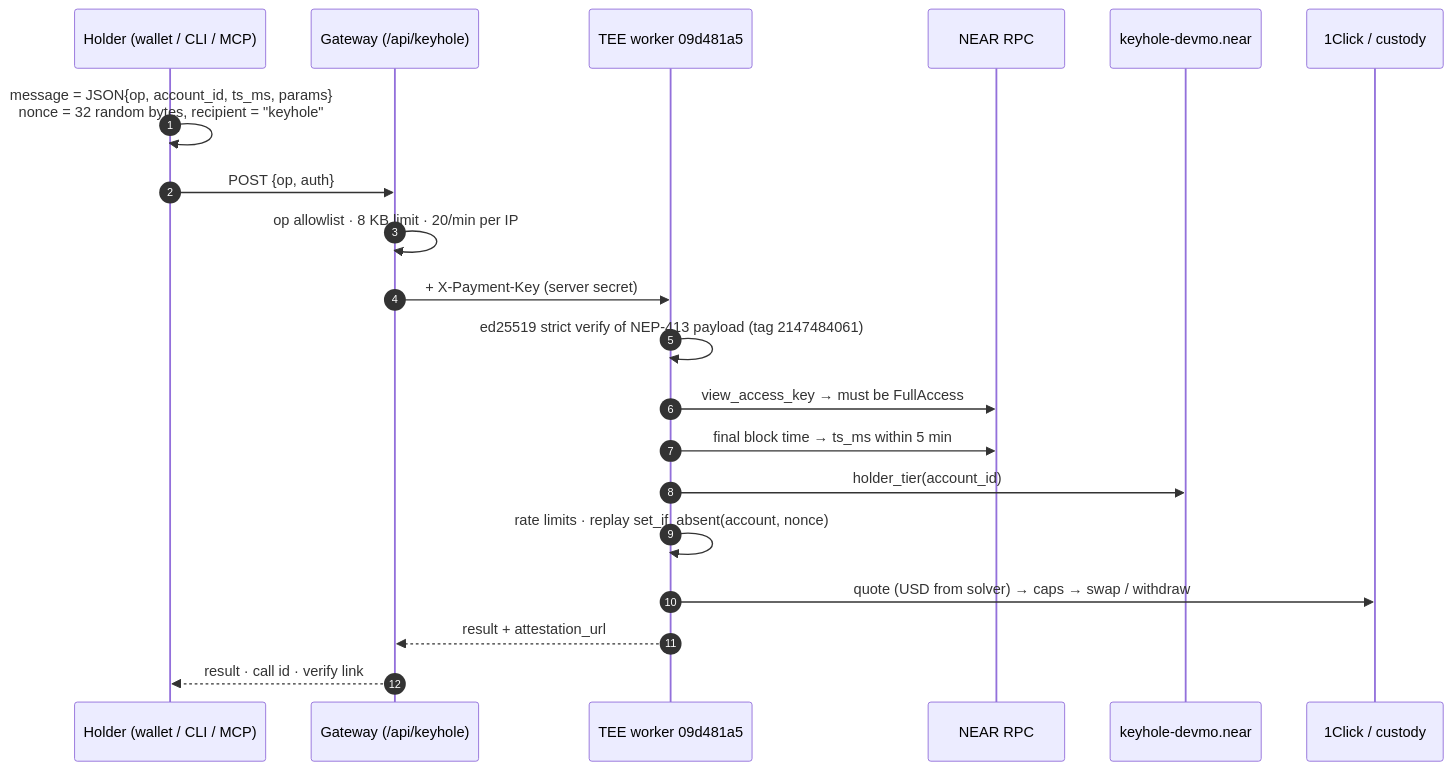
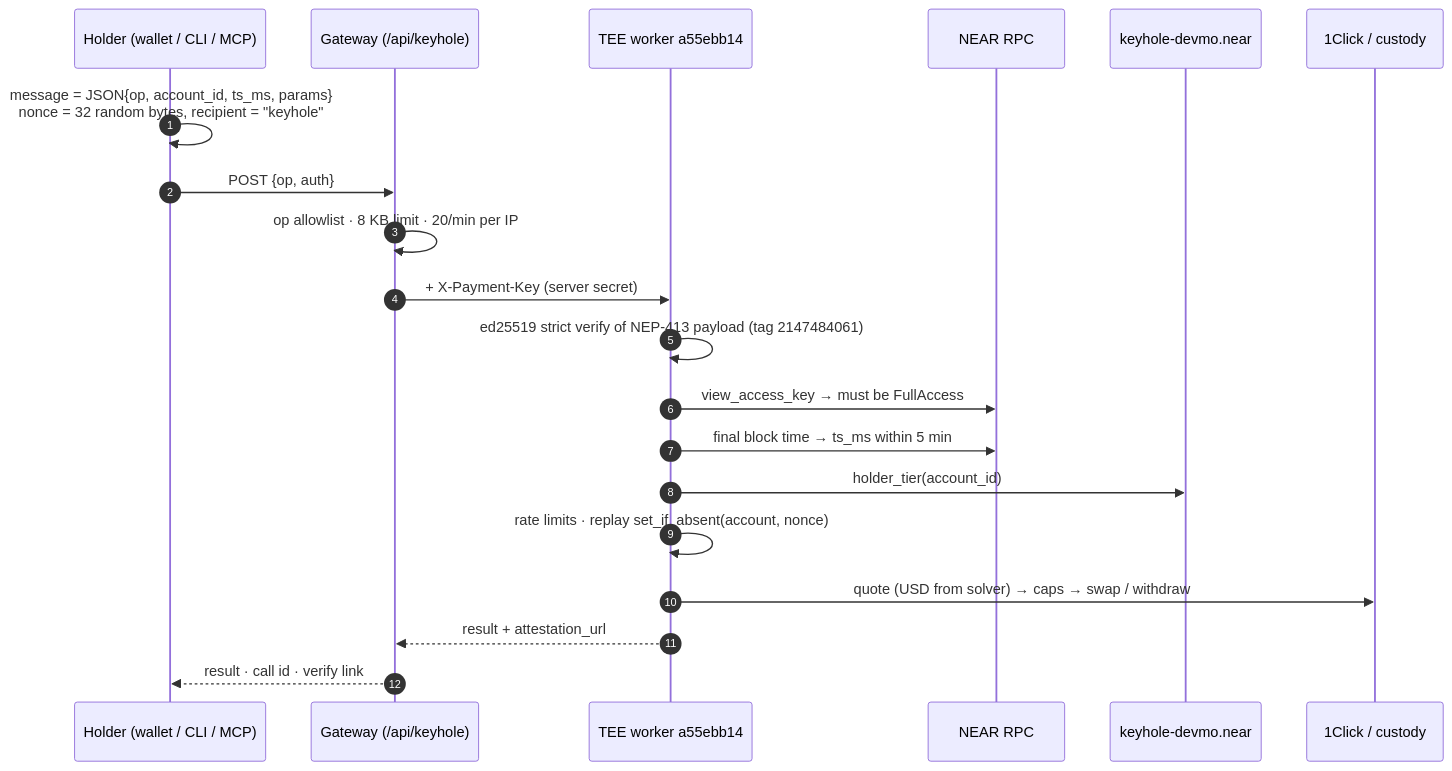
One commit to mohamedwael201193/keyhole changed the second of 2 diagrams in README.md. Above: the diagram before and after it, drawn with Mermaid. The commit also changed other lines of this file and 25 other files, not shown here.

````diff
--- a/README.md
+++ b/README.md
@@ -252,22 +253,22 @@
 ```mermaid
 sequenceDiagram
   autonumber
   participant U as Holder (wallet / CLI / MCP)
   participant G as Gateway (/api/keyhole)
-  participant T as TEE worker 09d481a5
+  participant T as TEE worker a55ebb14
   participant R as NEAR RPC
   participant K as keyhole-devmo.near
   participant X as 1Click / custody
   U->>U: message = JSON{op, account_id, ts_ms, params}<br/>nonce = 32 random bytes, recipient = "keyhole"
   U->>G: POST {op, auth}
   G->>G: op allowlist · 8 KB limit · 20/min per IP
   G->>T: + X-Payment-Key (server secret)
   T->>T: ed25519 strict verify of NEP-413 payload (tag 2147484061)
   T->>R: view_access_key → must be FullAccess
   T->>R: final block time → ts_ms within 5 min
   T->>K: holder_tier(account_id)
   T->>T: rate limits · replay set_if_absent(account, nonce)
   T->>X: quote (USD from solver) → caps → swap / withdraw
   T-->>G: result + attestation_url
   G-->>U: result · call id · verify link
 ```
````
